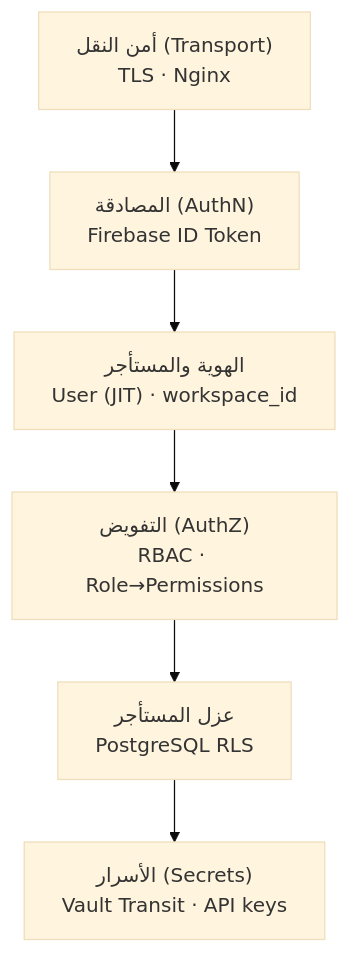
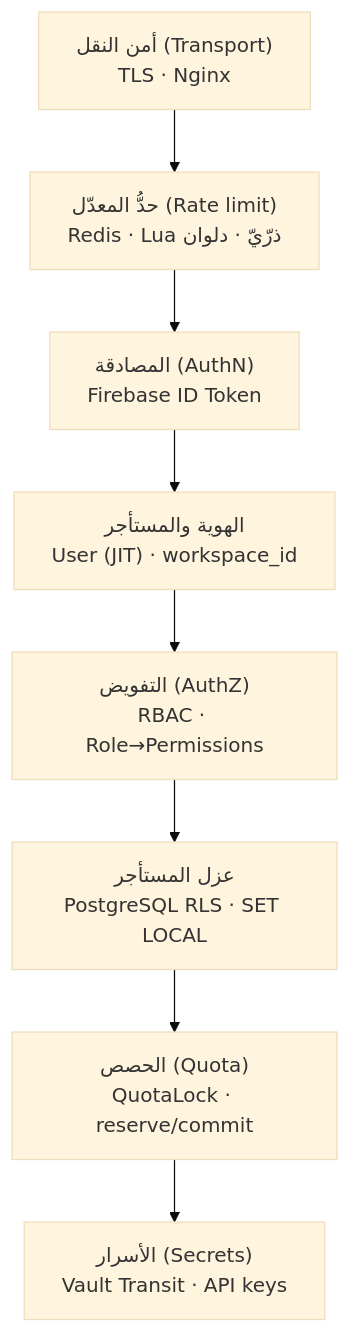
The seventh of 8 diagrams in docs/architecture.md (anastawahia/aizzak), drawn with Mermaid (base theme) before and after one commit. The commit also changed other lines of this file, not shown here.

````diff
--- a/docs/architecture.md
+++ b/docs/architecture.md
@@ -327,11 +502,13 @@
 ```mermaid
 graph TD
     T["أمن النقل (Transport)<br/>TLS · Nginx"]
+    Rate["حدُّ المعدّل (Rate limit)<br/>Redis · Lua ذرّيّ · دلوان"]
     AuthN["المصادقة (AuthN)<br/>Firebase ID Token"]
     Identity["الهوية والمستأجر<br/>User (JIT) · workspace_id"]
     AuthZ["التفويض (AuthZ)<br/>RBAC · Role→Permissions"]
-    RLS["عزل المستأجر<br/>PostgreSQL RLS"]
+    RLS["عزل المستأجر<br/>PostgreSQL RLS · SET LOCAL"]
+    Quota["الحصص (Quota)<br/>QuotaLock · reserve/commit"]
     Secrets["الأسرار (Secrets)<br/>Vault Transit · API keys"]
 
-    T --> AuthN --> Identity --> AuthZ --> RLS --> Secrets
+    T --> Rate --> AuthN --> Identity --> AuthZ --> RLS --> Quota --> Secrets
 ```
````
